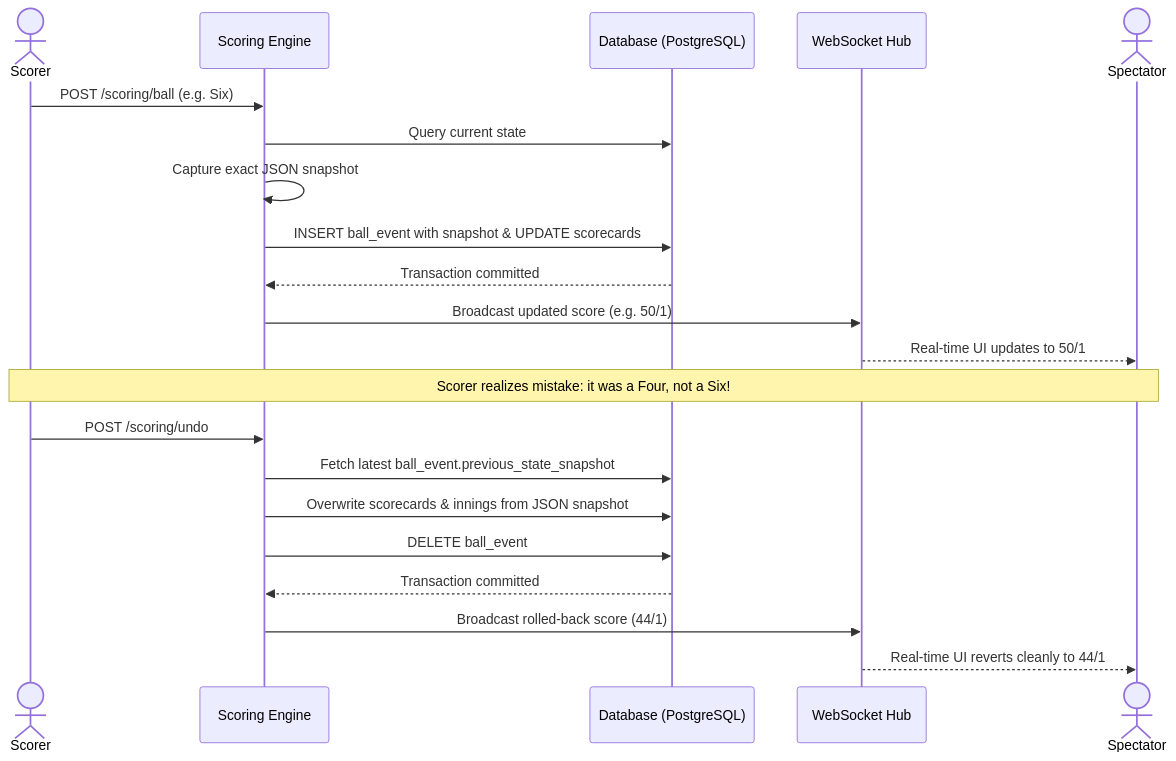
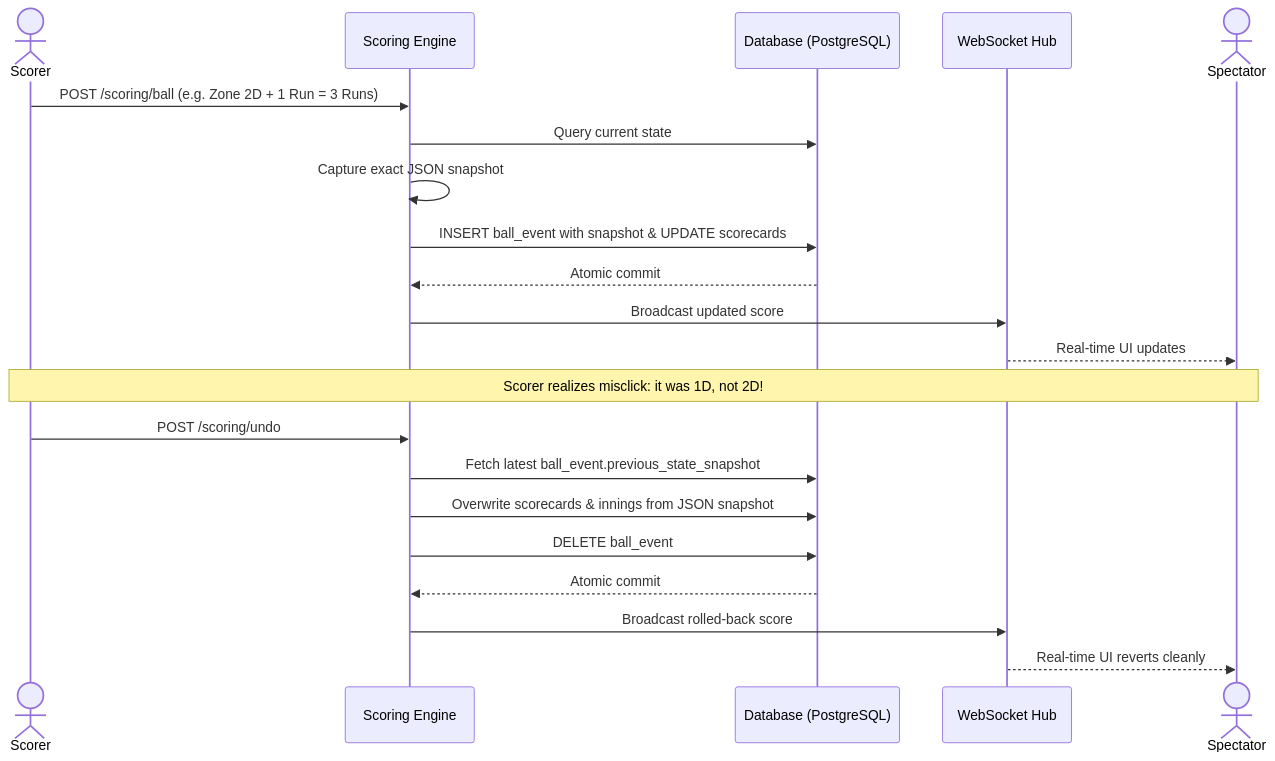
The second of 2 diagrams in docs/SCORING_ENGINE.md (Yajat-Sharma/BPL), drawn with Mermaid before and after one commit. The commit also changed other lines of this file and 4 other files, not shown here.

Commit message:
docs: update all five architecture documents with official BPL box cricket ground rules (no roof net, zones 1D/2D/4, line no-ball, direct out of square)

````diff
--- a/docs/SCORING_ENGINE.md
+++ b/docs/SCORING_ENGINE.md
@@ -80,25 +95,25 @@
 ```mermaid
 sequenceDiagram
     actor Scorer
     participant Engine as Scoring Engine
     participant DB as Database (PostgreSQL)
     participant WS as WebSocket Hub
     actor Spectator
 
-    Scorer->>Engine: POST /scoring/ball (e.g. Six)
+    Scorer->>Engine: POST /scoring/ball (e.g. Zone 2D + 1 Run = 3 Runs)
     Engine->>DB: Query current state
     Engine->>Engine: Capture exact JSON snapshot
     Engine->>DB: INSERT ball_event with snapshot & UPDATE scorecards
-    DB-->>Engine: Transaction committed
-    Engine->>WS: Broadcast updated score (e.g. 50/1)
-    WS-->>Spectator: Real-time UI updates to 50/1
+    DB-->>Engine: Atomic commit
+    Engine->>WS: Broadcast updated score
+    WS-->>Spectator: Real-time UI updates
 
-    Note over Scorer,Spectator: Scorer realizes mistake: it was a Four, not a Six!
+    Note over Scorer,Spectator: Scorer realizes misclick: it was 1D, not 2D!
     Scorer->>Engine: POST /scoring/undo
     Engine->>DB: Fetch latest ball_event.previous_state_snapshot
     Engine->>DB: Overwrite scorecards & innings from JSON snapshot
     Engine->>DB: DELETE ball_event
-    DB-->>Engine: Transaction committed
-    Engine->>WS: Broadcast rolled-back score (44/1)
-    WS-->>Spectator: Real-time UI reverts cleanly to 44/1
+    DB-->>Engine: Atomic commit
+    Engine->>WS: Broadcast rolled-back score
+    WS-->>Spectator: Real-time UI reverts cleanly
 ```
````
